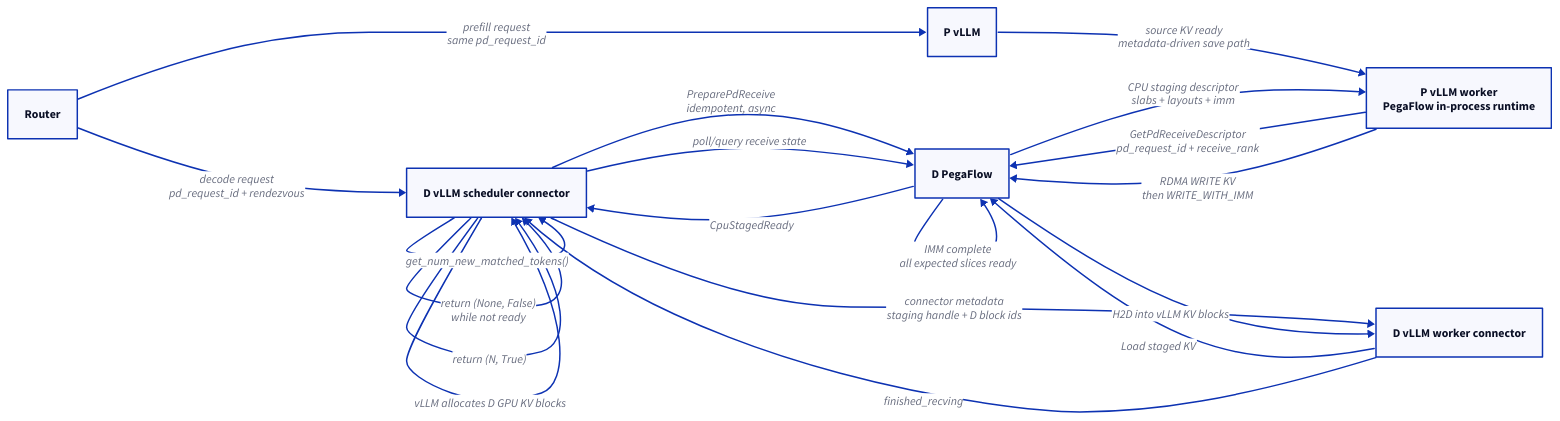
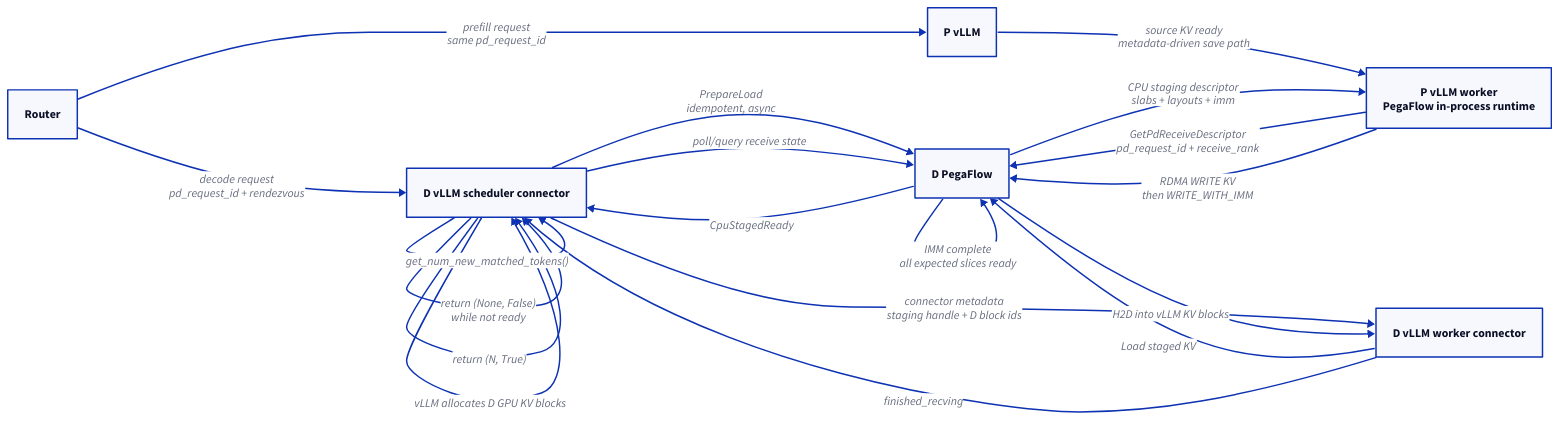
One commit to novitalabs/pegaflow changed the first of 2 diagrams in docs/pd-push-based-design.md. Above: the diagram before and after it, drawn with D2. The commit also changed other lines of this file and 24 other files, not shown here.

````diff
--- a/docs/pd-push-based-design.md
+++ b/docs/pd-push-based-design.md
@@ -90,33 +90,33 @@
 ```d2
 direction: right
 
 router: Router
 p_vllm: "P vLLM"
 p_worker: "P vLLM worker\nPegaFlow in-process runtime"
 d_sched: "D vLLM scheduler connector"
 d_worker: "D vLLM worker connector"
 d_pf: "D PegaFlow"
 
 router -> d_sched: "decode request\npd_request_id + rendezvous"
 router -> p_vllm: "prefill request\nsame pd_request_id"
 
 d_sched -> d_sched: "get_num_new_matched_tokens()"
-d_sched -> d_pf: "PreparePdReceive\nidempotent, async"
+d_sched -> d_pf: "PrepareLoad\nidempotent, async"
 d_sched -> d_sched: "return (None, False)\nwhile not ready"
 
 p_vllm -> p_worker: "source KV ready\nmetadata-driven save path"
 p_worker -> d_pf: "GetPdReceiveDescriptor\npd_request_id + receive_rank"
 d_pf -> p_worker: "CPU staging descriptor\nslabs + layouts + imm"
 p_worker -> d_pf: "RDMA WRITE KV\nthen WRITE_WITH_IMM"
 
 d_pf -> d_pf: "IMM complete\nall expected slices ready"
 d_sched -> d_pf: "poll/query receive state"
 d_pf -> d_sched: "CpuStagedReady"
 d_sched -> d_sched: "return (N, True)"
 
 d_sched -> d_sched: "vLLM allocates D GPU KV blocks"
 d_sched -> d_worker: "connector metadata\nstaging handle + D block ids"
 d_worker -> d_pf: "Load staged KV"
 d_pf -> d_worker: "H2D into vLLM KV blocks"
 d_worker -> d_sched: "finished_recving"
 ```
````
